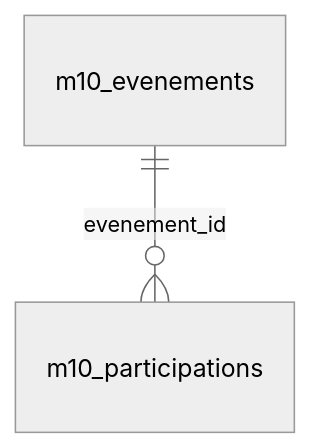
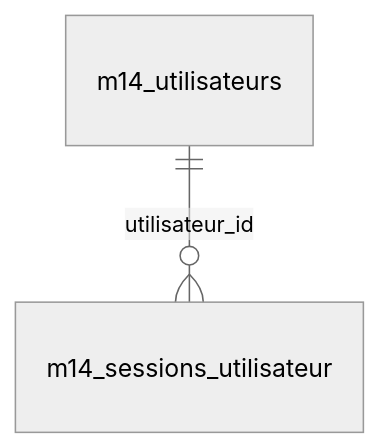
One commit to massenon/sighcnt changed diagram 15 of 15 in docs/architecture/ERD.md. Above: the diagram before and after it, drawn with Mermaid (neutral theme). The commit also changed other lines of this file and 10 other files, not shown here.

First line of the commit message:
chore(referentiels): régénération complète depuis la maquette (droits, manifeste, parité, cartographie, ERD, copies du poste, icônes)

````diff
--- a/docs/architecture/ERD.md
+++ b/docs/architecture/ERD.md
@@ -176,4 +228,4 @@
 ```mermaid
 erDiagram
-  m10_evenements ||--o{ m10_participations : "evenement_id"
+  m14_utilisateurs ||--o{ m14_sessions_utilisateur : "utilisateur_id"
 ```
````
